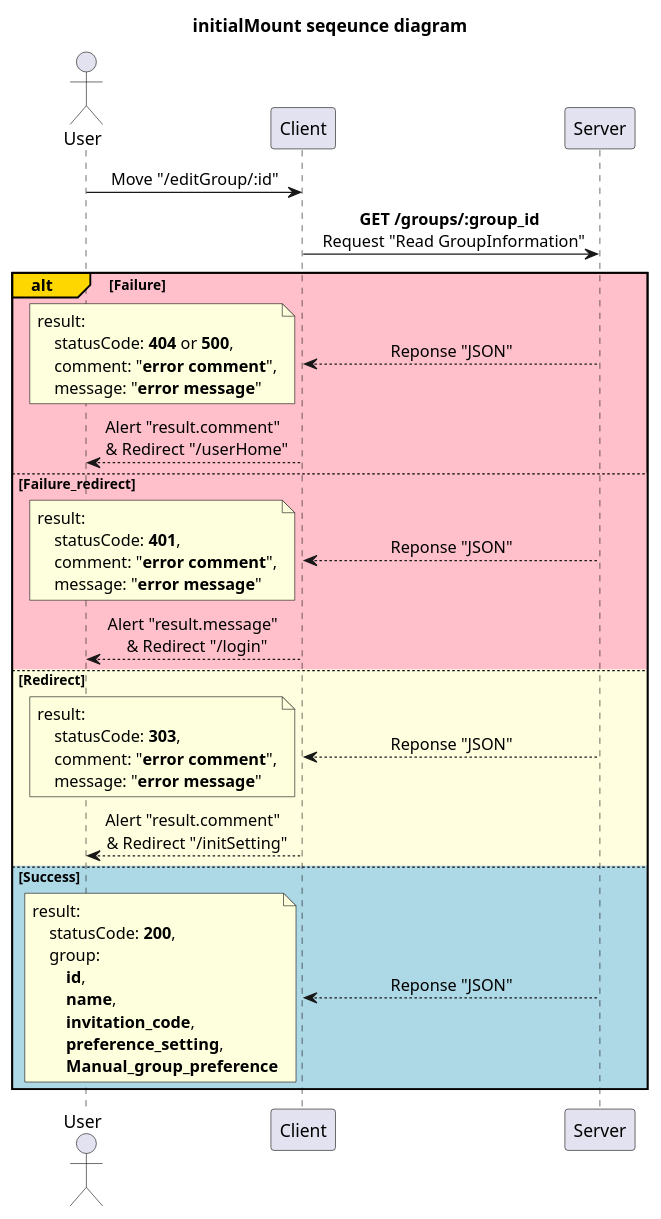
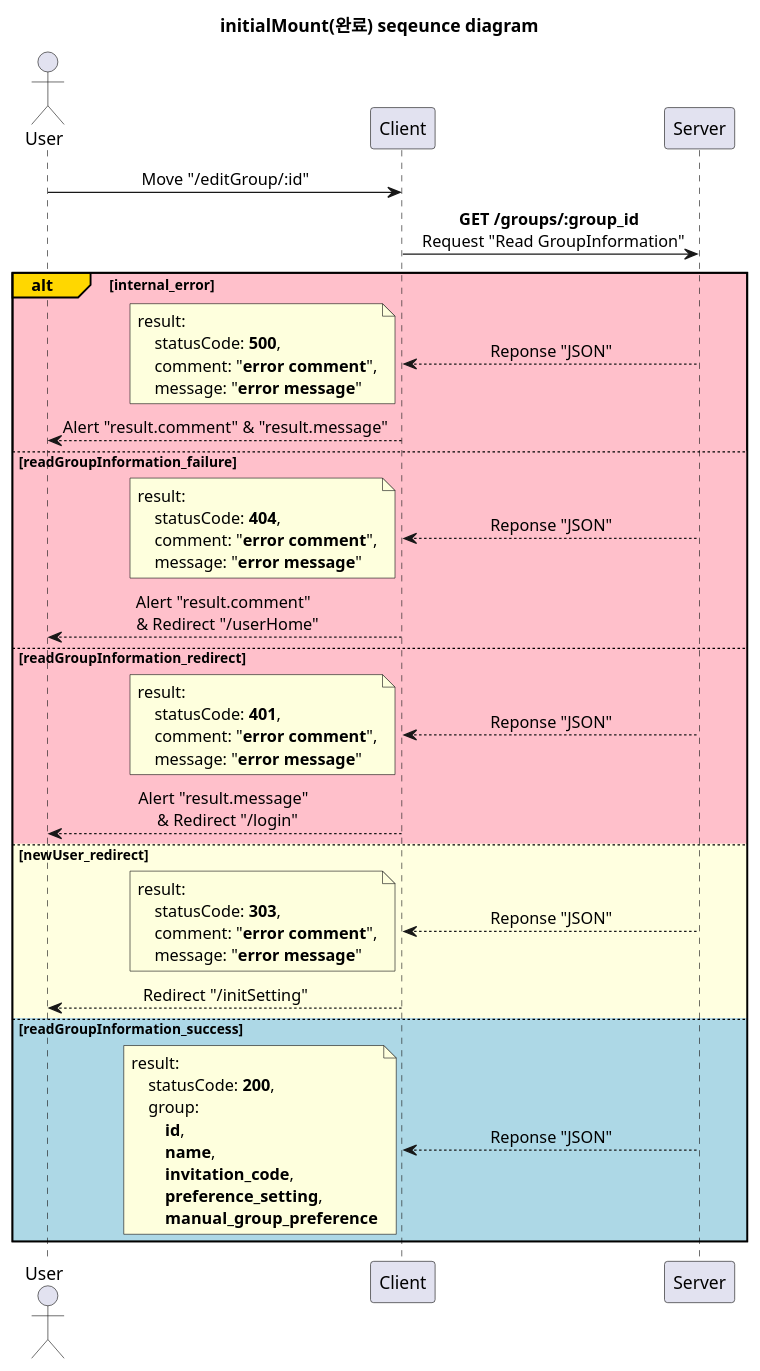
Before and after one commit to devSeungBin/SSCS: the diagram in diagram/editGroup_page/initialMount.puml, drawn with PlantUML. The commit also changed 15 other files, not shown here.

```diff
--- a/diagram/editGroup_page/initialMount.puml
+++ b/diagram/editGroup_page/initialMount.puml
@@ -1,60 +1,70 @@
-@startuml initialMount
+@startuml initialMount(완료)
 'http://localhost:3000/editGroup/:id
 
-title initialMount seqeunce diagram
+title initialMount(완료) seqeunce diagram
 
 skinparam SequenceMessageAlignment center
 
 participant Server order 30
 participant Client order 20
 actor User order 10
 
 User -> Client: Move "/editGroup/:id"
 
 Client -> Server: **GET /groups/:group_id** \n Request "Read GroupInformation"
 
-alt#Gold #Pink Failure
+alt#Gold #Pink internal_error
     Client <-- Server: Reponse "JSON"
     note left
         result:
-            statusCode: **404** or **500**,
+            statusCode: **500**,
+            comment: "**error comment**",
+            message: "**error message**"
+    end note
+    User <-- Client: Alert "result.comment" & "result.message"
+
+else #Pink readGroupInformation_failure
+    Client <-- Server: Reponse "JSON"
+    note left
+        result:
+            statusCode: **404**,
             comment: "**error comment**",
             message: "**error message**"
     end note
     User <-- Client: Alert "result.comment" \n & Redirect "/userHome"
 
-else #Pink Failure_redirect
+else #Pink readGroupInformation_redirect
     Client <-- Server: Reponse "JSON"
     note left
         result:
             statusCode: **401**,
             comment: "**error comment**",
             message: "**error message**"
     end note
     User <-- Client: Alert "result.message" \n & Redirect "/login"
 
-else #LightYellow Redirect
+else #LightYellow newUser_redirect
     Client <-- Server: Reponse "JSON"
     note left
         result:
             statusCode: **303**,
             comment: "**error comment**",
             message: "**error message**"
     end note
-    User <-- Client: Alert "result.comment" \n & Redirect "/initSetting"
+    User <-- Client: Redirect "/initSetting"
 
-else #LightBlue Success
+else #LightBlue readGroupInformation_success
     Client <-- Server: Reponse "JSON"
     note left
         result:
             statusCode: **200**,
             group:
                 **id**,
                 **name**,
                 **invitation_code**,
                 **preference_setting**,
-                **Manual_group_preference**
+                **manual_group_preference**
     end note
 end
 
 @enduml
```
